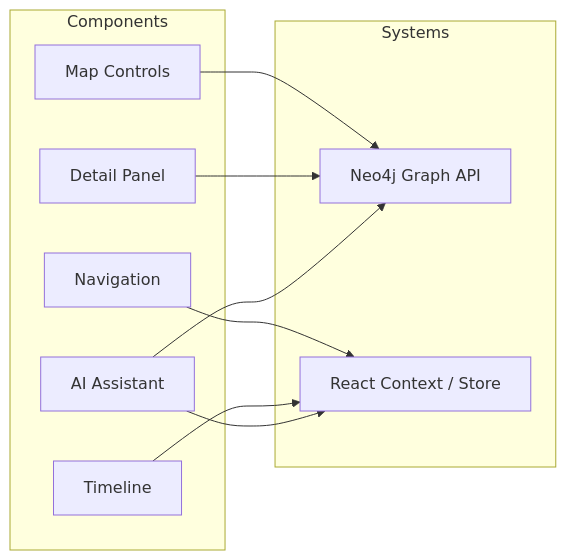
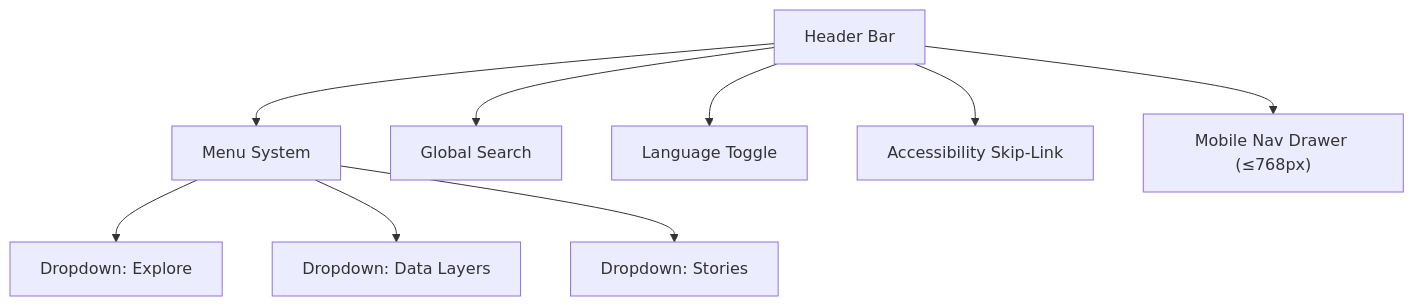
One commit to bartytime4life/Kansas-Frontier-Matrix changed the diagram in docs/design/reviews/ui_components/README.md. Above: the diagram before and after it, drawn with Mermaid. The commit also changed other lines of this file, not shown here.

First line of the commit message:
Revise README for Navigation Component Design Review

````diff
--- a/docs/design/reviews/ui_components/README.md
+++ b/docs/design/reviews/ui_components/README.md
@@ -264,21 +102,11 @@
 ```mermaid
-flowchart LR
-  subgraph Components
-    Nav["Navigation"]
-    MapCtrl["Map Controls"]
-    Timeline["Timeline"]
-    Panel["Detail Panel"]
-    Assistant["AI Assistant"]
-  end
-  subgraph Systems
-    Graph["Neo4j Graph API"]
-    UIState["React Context / Store"]
-  end
-
-  Nav --> UIState
-  MapCtrl --> Graph
-  Timeline --> UIState
-  Panel --> Graph
-  Assistant --> Graph
-  Assistant --> UIState
+flowchart TD
+  A["Header Bar"] --> B["Menu System"]
+  B --> C["Dropdown: Explore"]
+  B --> D["Dropdown: Data Layers"]
+  B --> E["Dropdown: Stories"]
+  A --> F["Global Search"]
+  A --> G["Language Toggle"]
+  A --> H["Accessibility Skip-Link"]
+  A --> I["Mobile Nav Drawer (≤768px)"]
 ```
````
